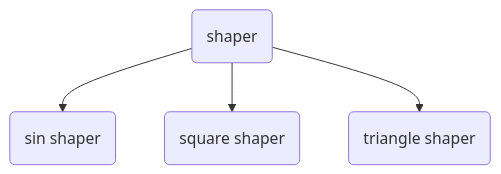
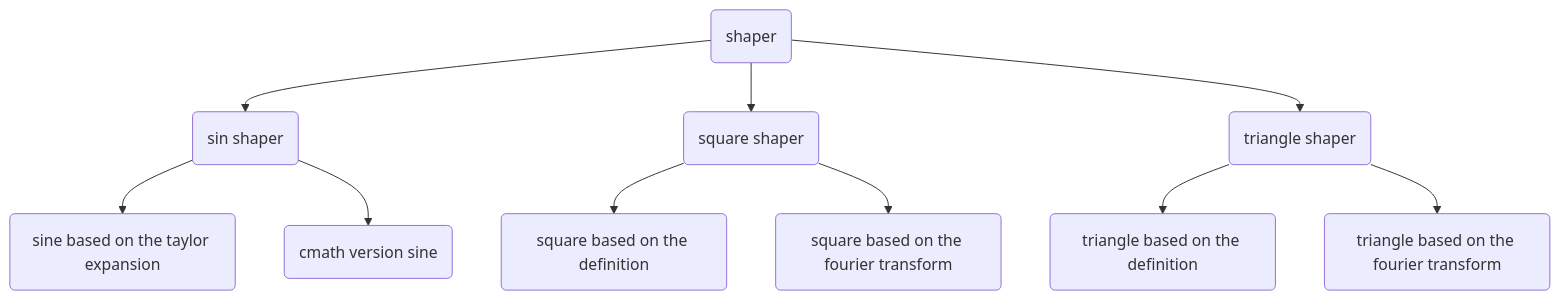
One commit to MOYUtianming/Slum changed the second of 4 diagrams in README.md. Above: the diagram before and after it, drawn with Mermaid. The commit also changed other lines of this file and 14 other files, not shown here.

````diff
--- a/README.md
+++ b/README.md
@@ -20,7 +19,13 @@
     ```mermaid
     graph TD;
         C(shaper);
         C-->C1(sin shaper);
+        C1-->C1_1(sine based on the taylor expansion)
+        C1-->C1_2(cmath version sine)
         C-->C2(square shaper);
+        C2-->C2_1(square based on the definition)
+        C2-->C2_2(square based on the fourier transform)
         C-->C3(triangle shaper);
+        C3-->C3_1(triangle based on the definition)
+        C3-->C3_2(triangle based on the fourier transform)
     ```
````
